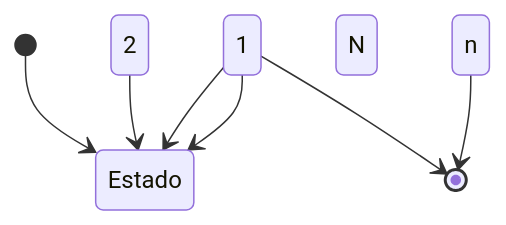
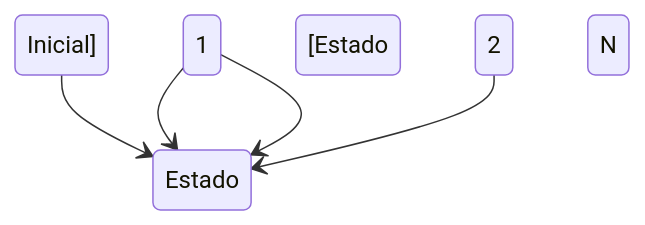
One commit to lasarojc/ds_notes changed the first of 2 diagrams in docs/intro/index.md. Above: the diagram before and after it, drawn with Mermaid. The commit also changed other lines of this file and 2 other files, not shown here.

````diff
--- a/docs/intro/index.md
+++ b/docs/intro/index.md
@@ -322,9 +291,7 @@
 ```mermaid
 stateDiagram
-    [*] --> Estado 1
+    [Estado Inicial] --> Estado 1
     Estado 1 --> Estado 2
     Estado 2 --> Estado 1
     Estado 1 --> Estado N
-    Estado 1 --> [*]
-    Estado n --> [*]
 ```
````
